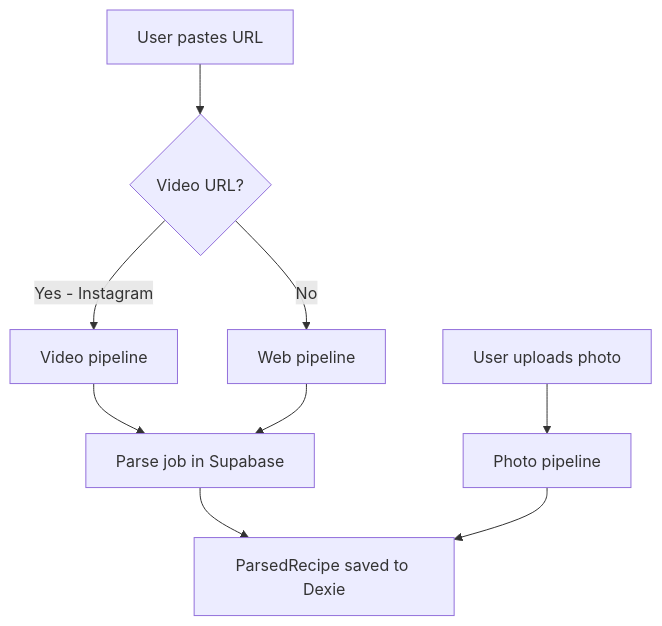
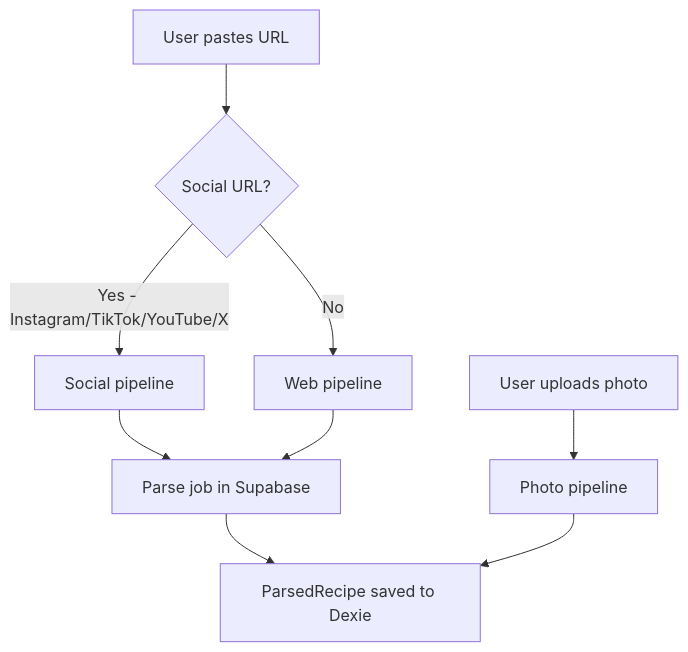
The first of 7 diagrams in docs/explanation/parse-pipeline.md (Sailarn/RecipAI), drawn with Mermaid before and after one commit. The commit also changed other lines of this file and 27 other files, not shown here.

````diff
--- a/docs/explanation/parse-pipeline.md
+++ b/docs/explanation/parse-pipeline.md
@@ -11,12 +11,12 @@
 ```mermaid
 graph TD
-    A[User pastes URL] --> B{Video URL?}
-    B -->|Yes - Instagram| C[Video pipeline]
+    A[User pastes URL] --> B{Social URL?}
+    B -->|Yes - Instagram/TikTok/YouTube/X| C[Social pipeline]
     B -->|No| D[Web pipeline]
     E[User uploads photo] --> F[Photo pipeline]
 
     C --> G[Parse job in Supabase]
     D --> G
     G --> H[ParsedRecipe saved to Dexie]
     F --> H
 ```
````
